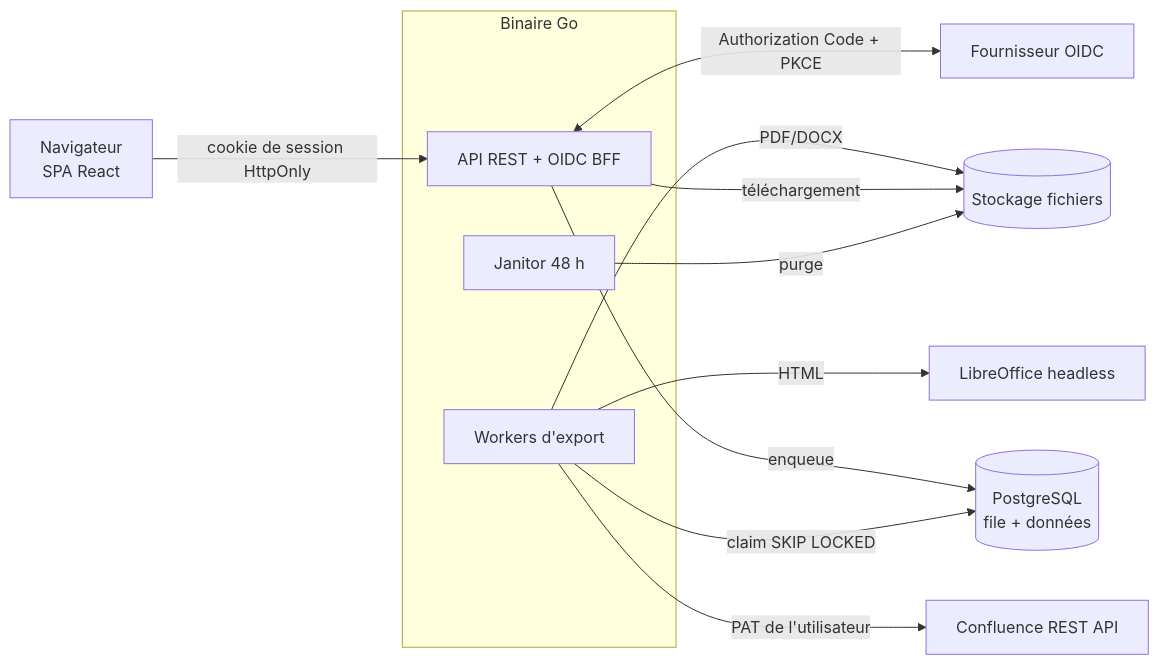
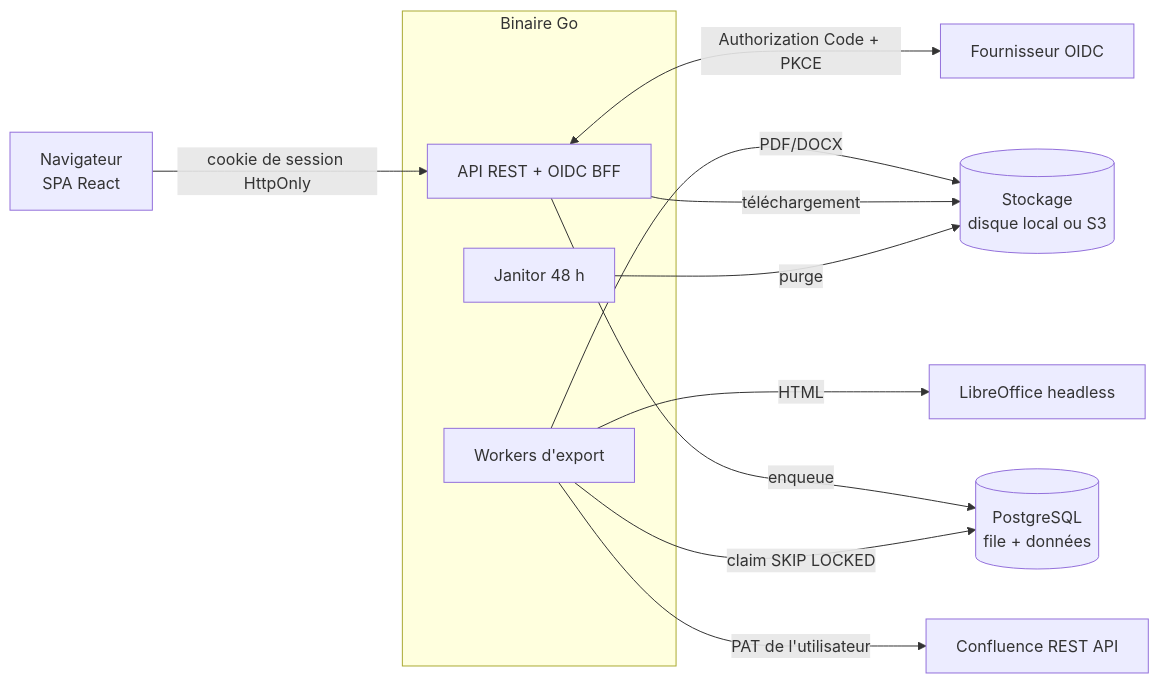
The diagram in README.md (ffurlanetto/confluence-to-doc), drawn with Mermaid before and after one commit. The commit also changed other lines of this file and 14 other files, not shown here.

````diff
--- a/README.md
+++ b/README.md
@@ -57,17 +59,17 @@
 ```mermaid
 flowchart LR
   B[Navigateur<br/>SPA React] -- cookie de session HttpOnly --> API
   subgraph Go[Binaire Go]
     API[API REST + OIDC BFF]
     W[Workers d'export]
     J[Janitor 48 h]
   end
   API -- enqueue --> PG[(PostgreSQL<br/>file + données)]
   W -- claim SKIP LOCKED --> PG
   W -- PAT de l'utilisateur --> C[Confluence REST API]
   W -- HTML --> LO[LibreOffice headless]
-  W -- PDF/DOCX --> S[(Stockage fichiers)]
+  W -- PDF/DOCX --> S[(Stockage<br/>disque local ou S3)]
   API -- téléchargement --> S
   J -- purge --> S
   API <-- Authorization Code + PKCE --> IDP[Fournisseur OIDC]
 ```
````
